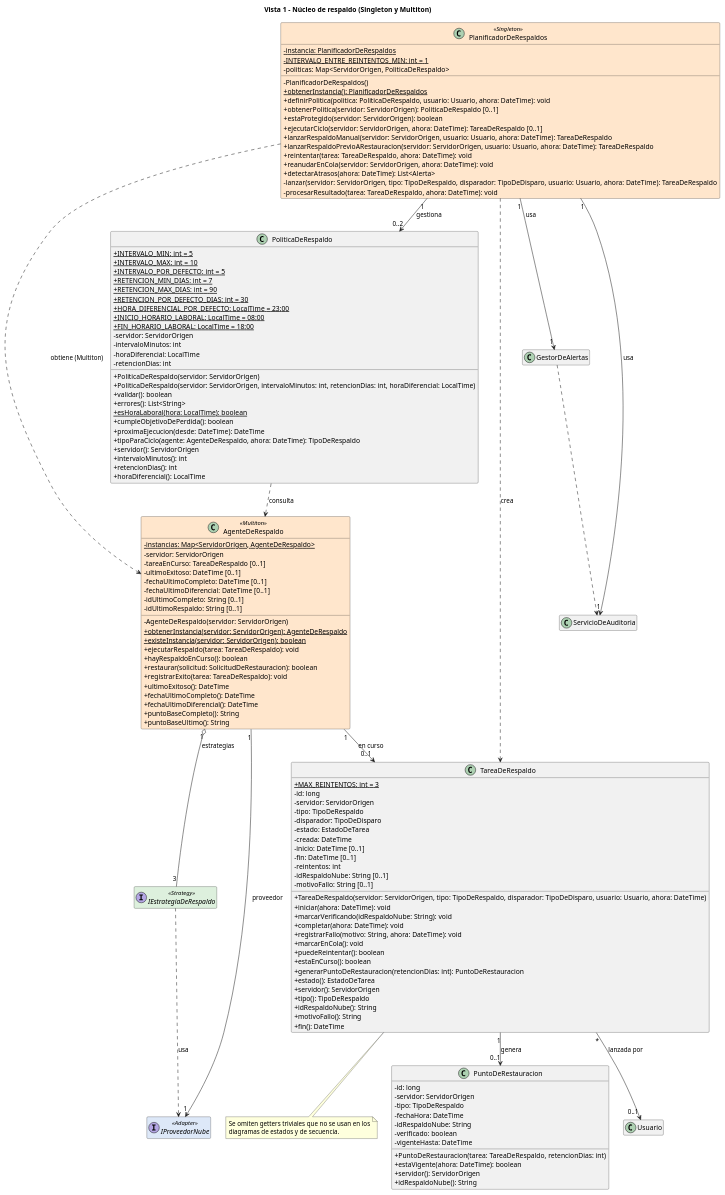
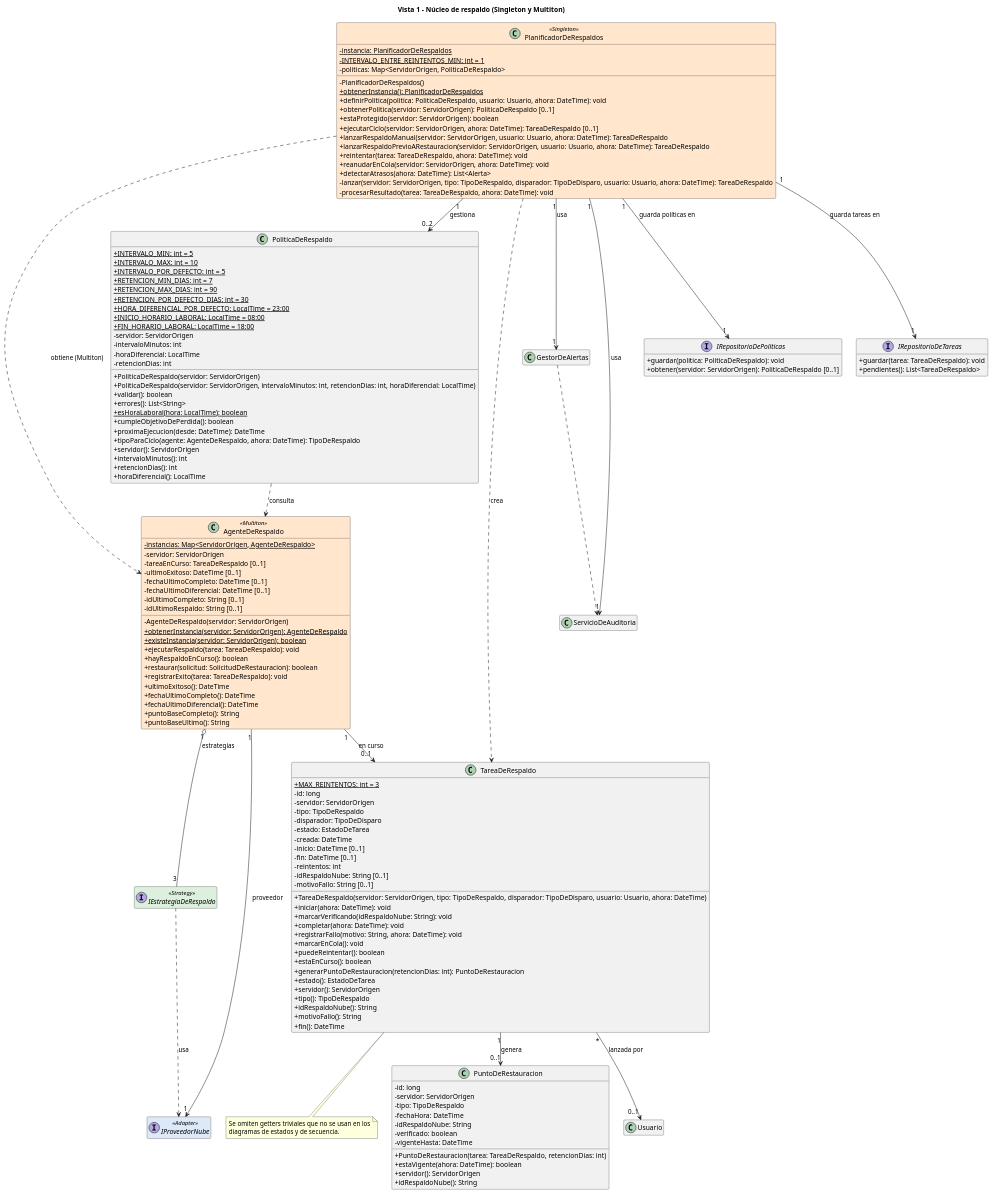
One commit to Julito-Art/ModelacionGruipo17 changed the diagram in diagramas/06-clases-nucleo.puml. Above: the diagram before and after it, drawn with PlantUML. The commit also changed 5 other files, not shown here.

```diff
--- a/diagramas/06-clases-nucleo.puml
+++ b/diagramas/06-clases-nucleo.puml
@@ -1,147 +1,157 @@
 @startuml 06-clases-nucleo
 title Vista 1 – Núcleo de respaldo (Singleton y Multiton)
 skinparam shadowing false
 skinparam defaultFontName Arial
 skinparam classAttributeIconSize 0
 skinparam nodesep 30
 skinparam ranksep 50
 skinparam class {
   BackgroundColor<<Singleton>> #FFE6CC
   BackgroundColor<<Multiton>> #FFE6CC
   BackgroundColor<<Strategy>> #DDF0DD
   BackgroundColor<<Adapter>> #DDE8F8
   BackgroundColor<<externo>> #EEEEEE
 }
 hide empty members
 class PlanificadorDeRespaldos <<Singleton>> {
   - {static} instancia: PlanificadorDeRespaldos
   - {static} INTERVALO_ENTRE_REINTENTOS_MIN: int = 1
   - politicas: Map<ServidorOrigen, PoliticaDeRespaldo>
   - PlanificadorDeRespaldos()
   + {static} obtenerInstancia(): PlanificadorDeRespaldos
   + definirPolitica(politica: PoliticaDeRespaldo, usuario: Usuario, ahora: DateTime): void
   + obtenerPolitica(servidor: ServidorOrigen): PoliticaDeRespaldo [0..1]
   + estaProtegido(servidor: ServidorOrigen): boolean
   + ejecutarCiclo(servidor: ServidorOrigen, ahora: DateTime): TareaDeRespaldo [0..1]
   + lanzarRespaldoManual(servidor: ServidorOrigen, usuario: Usuario, ahora: DateTime): TareaDeRespaldo
   + lanzarRespaldoPrevioARestauracion(servidor: ServidorOrigen, usuario: Usuario, ahora: DateTime): TareaDeRespaldo
   + reintentar(tarea: TareaDeRespaldo, ahora: DateTime): void
   + reanudarEnCola(servidor: ServidorOrigen, ahora: DateTime): void
   + detectarAtrasos(ahora: DateTime): List<Alerta>
   - lanzar(servidor: ServidorOrigen, tipo: TipoDeRespaldo, disparador: TipoDeDisparo, usuario: Usuario, ahora: DateTime): TareaDeRespaldo
   - procesarResultado(tarea: TareaDeRespaldo, ahora: DateTime): void
 }
 class AgenteDeRespaldo <<Multiton>> {
   - {static} instancias: Map<ServidorOrigen, AgenteDeRespaldo>
   - servidor: ServidorOrigen
   - tareaEnCurso: TareaDeRespaldo [0..1]
   - ultimoExitoso: DateTime [0..1]
   - fechaUltimoCompleto: DateTime [0..1]
   - fechaUltimoDiferencial: DateTime [0..1]
   - idUltimoCompleto: String [0..1]
   - idUltimoRespaldo: String [0..1]
   - AgenteDeRespaldo(servidor: ServidorOrigen)
   + {static} obtenerInstancia(servidor: ServidorOrigen): AgenteDeRespaldo
   + {static} existeInstancia(servidor: ServidorOrigen): boolean
   + ejecutarRespaldo(tarea: TareaDeRespaldo): void
   + hayRespaldoEnCurso(): boolean
   + restaurar(solicitud: SolicitudDeRestauracion): boolean
   + registrarExito(tarea: TareaDeRespaldo): void
   + ultimoExitoso(): DateTime
   + fechaUltimoCompleto(): DateTime
   + fechaUltimoDiferencial(): DateTime
   + puntoBaseCompleto(): String
   + puntoBaseUltimo(): String
 }
 class PoliticaDeRespaldo {
   + {static} INTERVALO_MIN: int = 5
   + {static} INTERVALO_MAX: int = 10
   + {static} INTERVALO_POR_DEFECTO: int = 5
   + {static} RETENCION_MIN_DIAS: int = 7
   + {static} RETENCION_MAX_DIAS: int = 90
   + {static} RETENCION_POR_DEFECTO_DIAS: int = 30
   + {static} HORA_DIFERENCIAL_POR_DEFECTO: LocalTime = 23:00
   + {static} INICIO_HORARIO_LABORAL: LocalTime = 08:00
   + {static} FIN_HORARIO_LABORAL: LocalTime = 18:00
   - servidor: ServidorOrigen
   - intervaloMinutos: int
   - horaDiferencial: LocalTime
   - retencionDias: int
   + PoliticaDeRespaldo(servidor: ServidorOrigen)
   + PoliticaDeRespaldo(servidor: ServidorOrigen, intervaloMinutos: int, retencionDias: int, horaDiferencial: LocalTime)
   + validar(): boolean
   + errores(): List<String>
   + {static} esHoraLaboral(hora: LocalTime): boolean
   + cumpleObjetivoDePerdida(): boolean
   + proximaEjecucion(desde: DateTime): DateTime
   + tipoParaCiclo(agente: AgenteDeRespaldo, ahora: DateTime): TipoDeRespaldo
   + servidor(): ServidorOrigen
   + intervaloMinutos(): int
   + retencionDias(): int
   + horaDiferencial(): LocalTime
 }
 class TareaDeRespaldo {
   + {static} MAX_REINTENTOS: int = 3
   - id: long
   - servidor: ServidorOrigen
   - tipo: TipoDeRespaldo
   - disparador: TipoDeDisparo
   - estado: EstadoDeTarea
   - creada: DateTime
   - inicio: DateTime [0..1]
   - fin: DateTime [0..1]
   - reintentos: int
   - idRespaldoNube: String [0..1]
   - motivoFallo: String [0..1]
   + TareaDeRespaldo(servidor: ServidorOrigen, tipo: TipoDeRespaldo, disparador: TipoDeDisparo, usuario: Usuario, ahora: DateTime)
   + iniciar(ahora: DateTime): void
   + marcarVerificando(idRespaldoNube: String): void
   + completar(ahora: DateTime): void
   + registrarFallo(motivo: String, ahora: DateTime): void
   + marcarEnCola(): void
   + puedeReintentar(): boolean
   + estaEnCurso(): boolean
   + generarPuntoDeRestauracion(retencionDias: int): PuntoDeRestauracion
   + estado(): EstadoDeTarea
   + servidor(): ServidorOrigen
   + tipo(): TipoDeRespaldo
   + idRespaldoNube(): String
   + motivoFallo(): String
   + fin(): DateTime
 }
 class PuntoDeRestauracion {
   - id: long
   - servidor: ServidorOrigen
   - tipo: TipoDeRespaldo
   - fechaHora: DateTime
   - idRespaldoNube: String
   - verificado: boolean
   - vigenteHasta: DateTime
   + PuntoDeRestauracion(tarea: TareaDeRespaldo, retencionDias: int)
   + estaVigente(ahora: DateTime): boolean
   + servidor(): ServidorOrigen
   + idRespaldoNube(): String
 }
 interface IEstrategiaDeRespaldo <<Strategy>>
 interface IProveedorNube <<Adapter>>
 class GestorDeAlertas
 class ServicioDeAuditoria
+interface IRepositorioDePoliticas {
+  + guardar(politica: PoliticaDeRespaldo): void
+  + obtener(servidor: ServidorOrigen): PoliticaDeRespaldo [0..1]
+}
+interface IRepositorioDeTareas {
+  + guardar(tarea: TareaDeRespaldo): void
+  + pendientes(): List<TareaDeRespaldo>
+}
 class Usuario
 PlanificadorDeRespaldos "1" --> "0..2" PoliticaDeRespaldo : gestiona
 PlanificadorDeRespaldos "1" --> "1" GestorDeAlertas : usa
+PlanificadorDeRespaldos "1" --> "1" IRepositorioDePoliticas : guarda políticas en
+PlanificadorDeRespaldos "1" --> "1" IRepositorioDeTareas : guarda tareas en
 PlanificadorDeRespaldos "1" --> "1" ServicioDeAuditoria : usa
 AgenteDeRespaldo "1" --> "1" IProveedorNube : proveedor
 AgenteDeRespaldo "1" o-- "3" IEstrategiaDeRespaldo : estrategias
 AgenteDeRespaldo "1" --> "0..1" TareaDeRespaldo : en curso
 TareaDeRespaldo "1" --> "0..1" PuntoDeRestauracion : genera
 TareaDeRespaldo "*" --> "0..1" Usuario : lanzada por
 PlanificadorDeRespaldos ..> AgenteDeRespaldo : obtiene (Multiton)
 PlanificadorDeRespaldos ..> TareaDeRespaldo : crea
 PoliticaDeRespaldo ..> AgenteDeRespaldo : consulta
 IEstrategiaDeRespaldo ..> IProveedorNube : usa
 GestorDeAlertas ..> ServicioDeAuditoria
 note bottom of TareaDeRespaldo
   Se omiten getters triviales que no se usan en los
   diagramas de estados y de secuencia.
 end note
 @enduml
```
